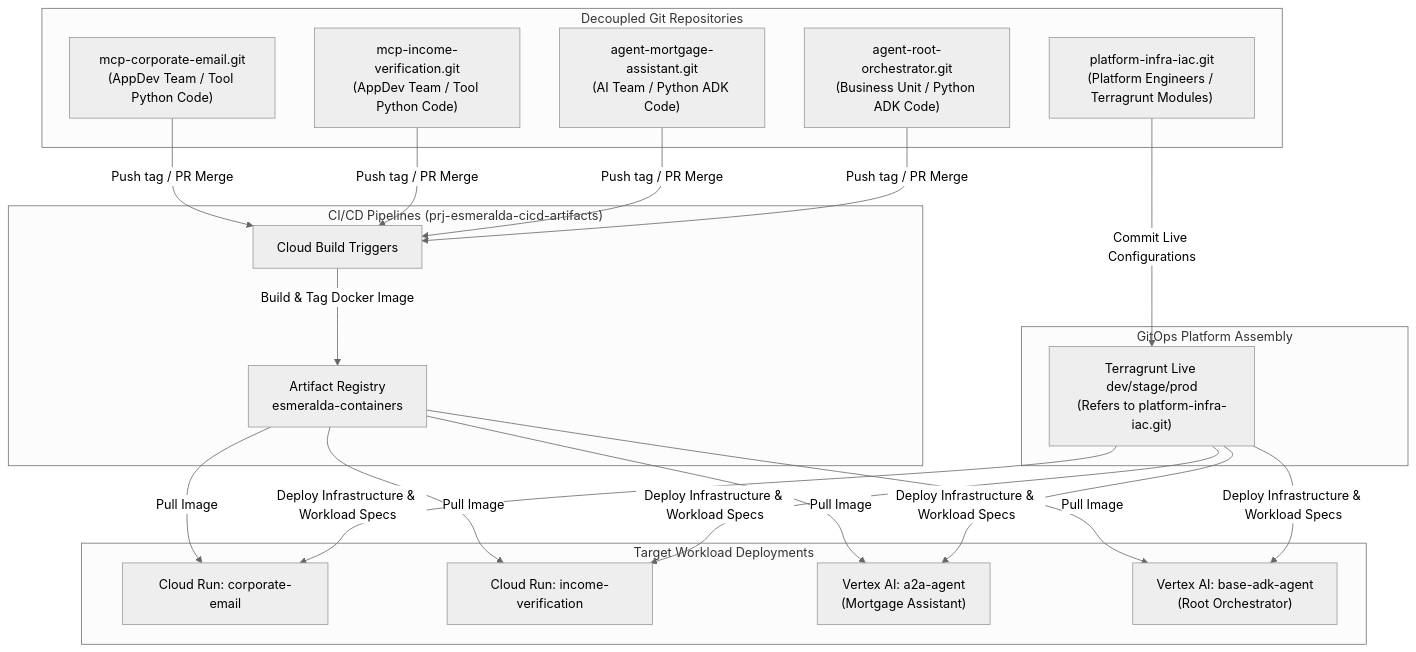
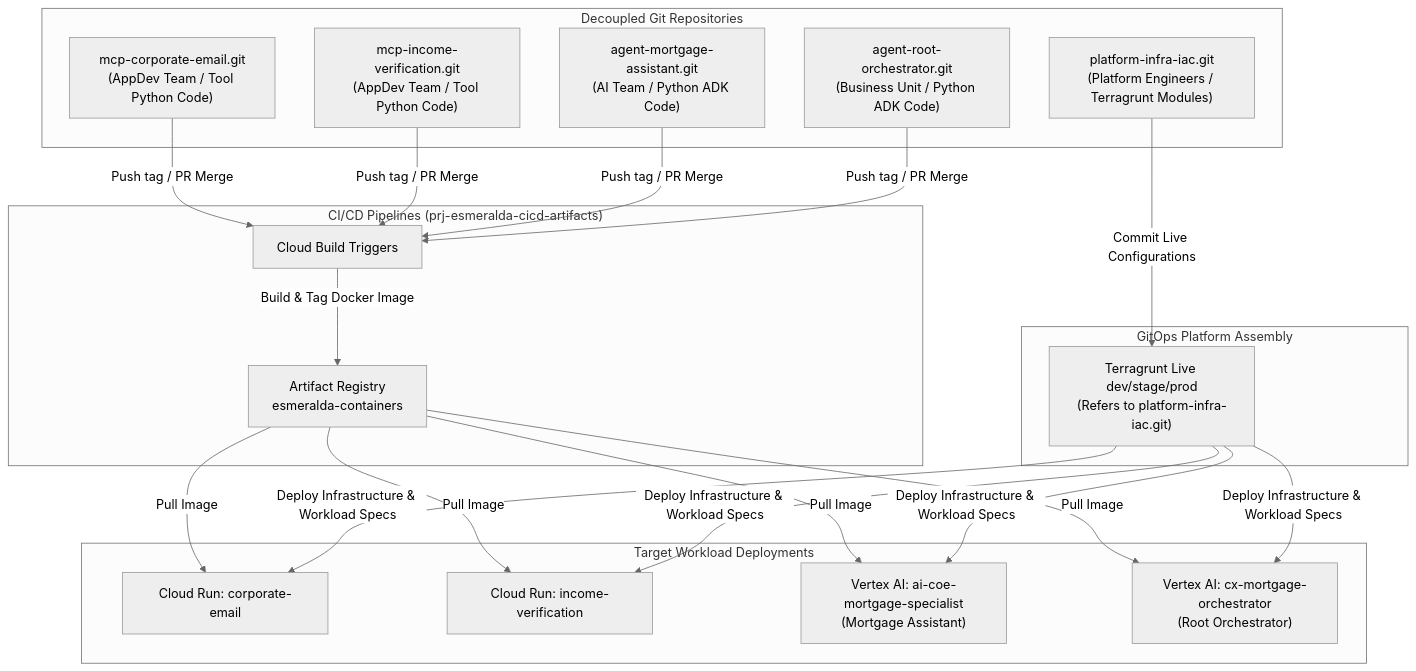
The first of 2 diagrams in docs/3-agentops-and-lifecycle/README.md (google/esmeralda), drawn with Mermaid (neutral theme) before and after one commit. The commit also changed other lines of this file and 184 other files, not shown here.

````diff
--- a/docs/3-agentops-and-lifecycle/README.md
+++ b/docs/3-agentops-and-lifecycle/README.md
@@ -36,32 +36,32 @@
 ```mermaid
 flowchart TD
     subgraph Repos["Decoupled Git Repositories"]
         R_Platform["platform-infra-iac.git<br/>(Platform Engineers / Terragrunt Modules)"]
         R_Email["mcp-corporate-email.git<br/>(AppDev Team / Tool Python Code)"]
         R_Income["mcp-income-verification.git<br/>(AppDev Team / Tool Python Code)"]
         R_A2A["agent-mortgage-assistant.git<br/>(AI Team / Python ADK Code)"]
         R_Root["agent-root-orchestrator.git<br/>(Business Unit / Python ADK Code)"]
     end
 
     subgraph Pipelines["CI/CD Pipelines (prj-esmeralda-cicd-artifacts)"]
         CB["Cloud Build Triggers"]
         AR["Artifact Registry<br/>esmeralda-containers"]
     end
 
     subgraph RunOps["Target Workload Deployments"]
         Run_Email["Cloud Run: corporate-email"]
         Run_Income["Cloud Run: income-verification"]
-        Run_A2A["Vertex AI: a2a-agent<br/>(Mortgage Assistant)"]
-        Run_Root["Vertex AI: base-adk-agent<br/>(Root Orchestrator)"]
+        Run_A2A["Vertex AI: ai-coe-mortgage-specialist<br/>(Mortgage Assistant)"]
+        Run_Root["Vertex AI: cx-mortgage-orchestrator<br/>(Root Orchestrator)"]
     end
 
     subgraph IaCOps["GitOps Platform Assembly"]
         TG["Terragrunt Live dev/stage/prod<br/>(Refers to platform-infra-iac.git)"]
     end
 
     R_Email & R_Income & R_A2A & R_Root -->|Push tag / PR Merge| CB
     CB -->|Build & Tag Docker Image| AR
     AR -->|Pull Image| Run_Email & Run_Income & Run_A2A & Run_Root
     R_Platform -->|Commit Live Configurations| TG
     TG -->|Deploy Infrastructure & Workload Specs| Run_Email & Run_Income & Run_A2A & Run_Root
 ```
````
